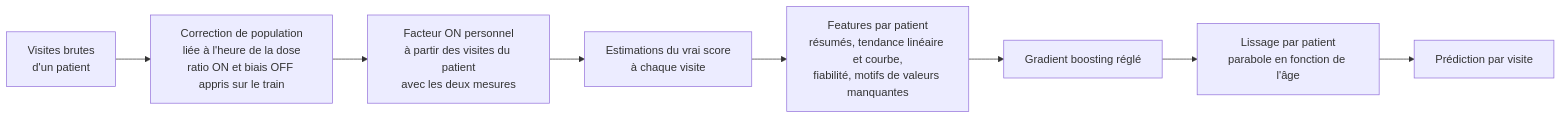
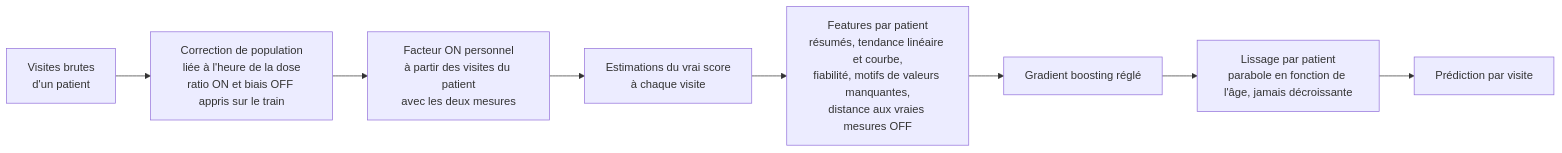
Before and after one commit to MadeleineAhmed/IBMHackathonGroup1: the second of 2 diagrams in METHODOLOGIE.md, drawn with Mermaid. The commit also changed other lines of this file and 4 other files, not shown here.

````diff
--- a/METHODOLOGIE.md
+++ b/METHODOLOGIE.md
@@ -118,10 +121,10 @@
 ```mermaid
 flowchart LR
     A[Visites brutes<br/>d'un patient] --> B[Correction de population<br/>liée à l'heure de la dose<br/>ratio ON et biais OFF appris sur le train]
     B --> P[Facteur ON personnel<br/>à partir des visites du patient<br/>avec les deux mesures]
     P --> C[Estimations du vrai score<br/>à chaque visite]
-    C --> D[Features par patient<br/>résumés, tendance linéaire et courbe,<br/>fiabilité, motifs de valeurs manquantes]
+    C --> D[Features par patient<br/>résumés, tendance linéaire et courbe,<br/>fiabilité, motifs de valeurs manquantes,<br/>distance aux vraies mesures OFF]
     D --> E[Gradient boosting réglé]
-    E --> G[Lissage par patient<br/>parabole en fonction de l'âge]
+    E --> G[Lissage par patient<br/>parabole en fonction de l'âge, jamais décroissante]
     G --> H[Prédiction par visite]
 ```
````
